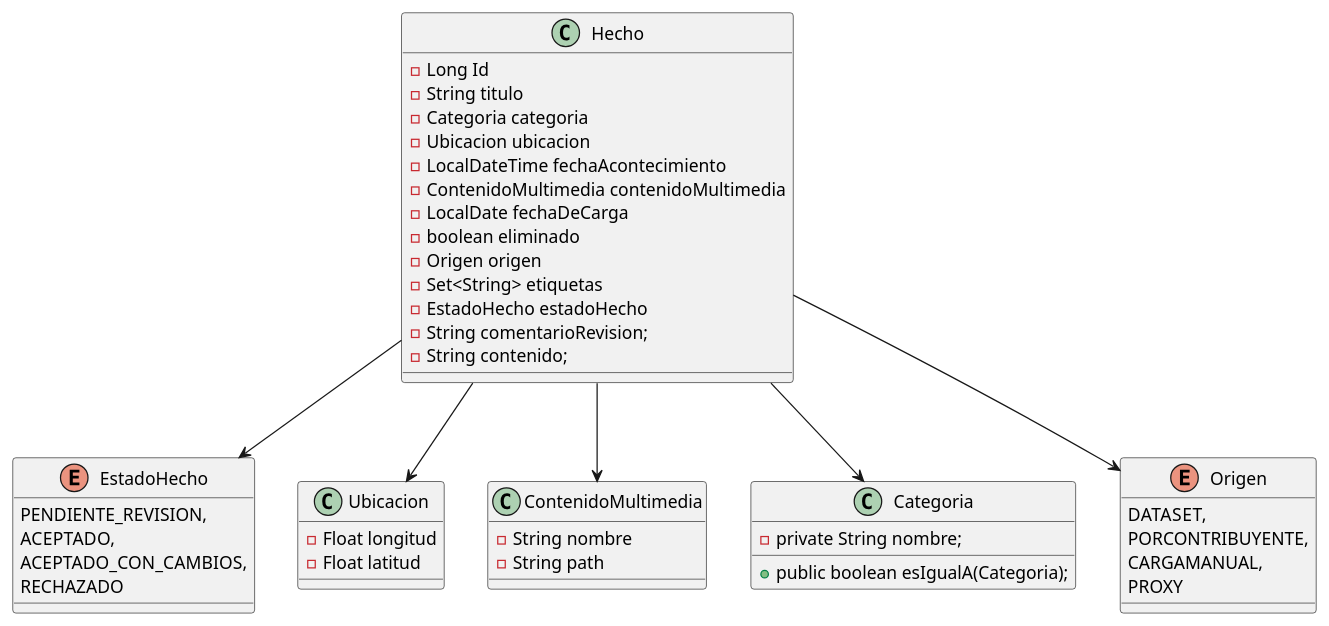
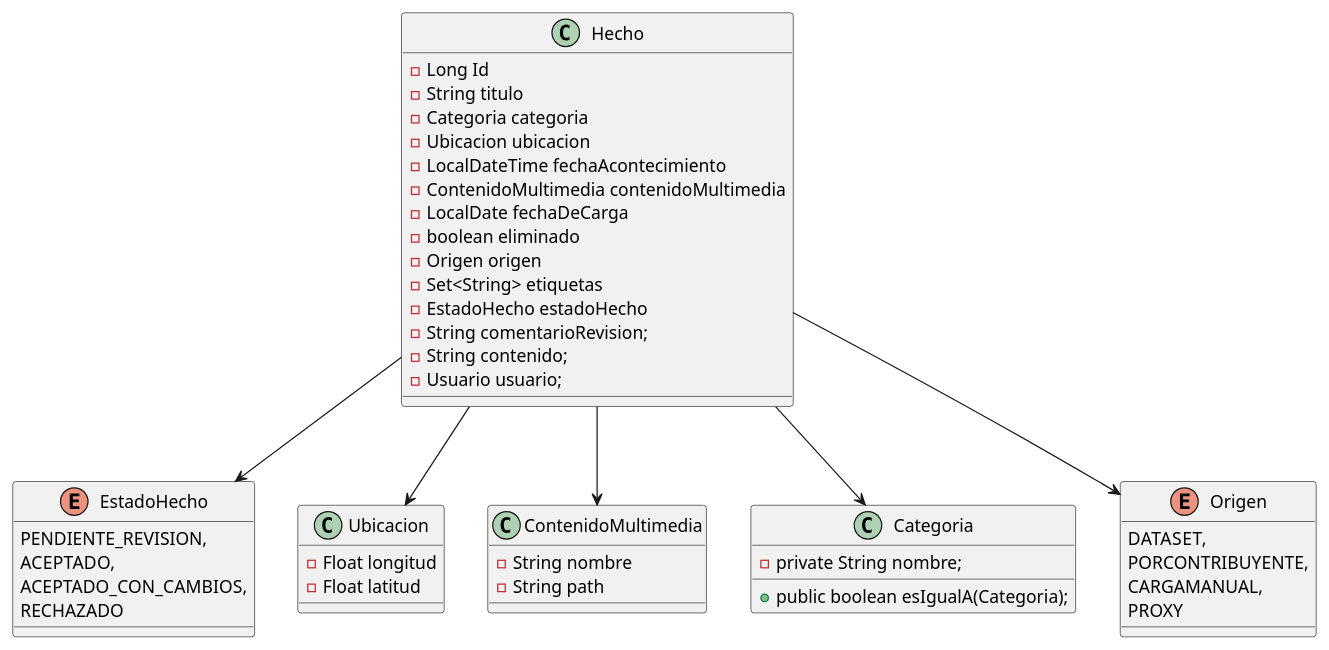
Before and after one commit to valenap-utn/metamapa-utn-2025: the diagram in entregables/entrega-4/modelosDeDominio/servicioFuenteDinamica.puml, drawn with PlantUML. The commit also changed 24 other files, not shown here.

```diff
--- a/entregables/entrega-4/modelosDeDominio/servicioFuenteDinamica.puml
+++ b/entregables/entrega-4/modelosDeDominio/servicioFuenteDinamica.puml
@@ -1,58 +1,59 @@
 @startuml
 'https://plantuml.com/class-diagram
 class Hecho{
     - Long Id
     - String titulo
     - Categoria categoria
     - Ubicacion ubicacion
     - LocalDateTime fechaAcontecimiento
     - ContenidoMultimedia contenidoMultimedia
     - LocalDate fechaDeCarga
     - boolean eliminado
     - Origen origen
     - Set<String> etiquetas
     - EstadoHecho estadoHecho
     - String comentarioRevision;
     - String contenido;
+    - Usuario usuario;
 }
 
 enum EstadoHecho {
     PENDIENTE_REVISION,
     ACEPTADO,
     ACEPTADO_CON_CAMBIOS,
     RECHAZADO
 }
 
 Hecho --> EstadoHecho
 
 class Ubicacion {
     - Float longitud
     - Float latitud
 }
 
 Hecho --> Ubicacion
 
 
 class ContenidoMultimedia {
     - String nombre
     - String path
 }
 
 Hecho --> ContenidoMultimedia
 
 class Categoria {
     -private String nombre;
     +public boolean esIgualA(Categoria);
 }
 
 enum Origen {
     DATASET,
       PORCONTRIBUYENTE,
       CARGAMANUAL,
       PROXY
 }
 
 
 Hecho --> Categoria
 Hecho --> Origen
 @enduml
```
